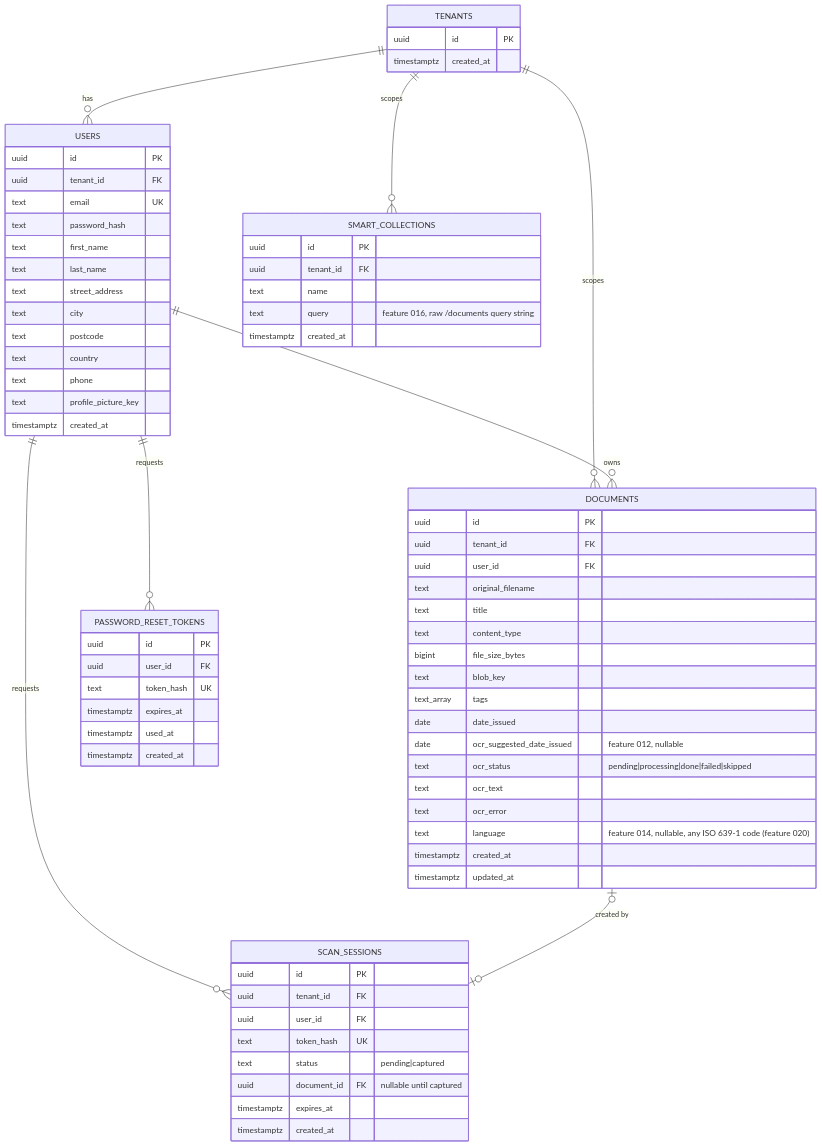
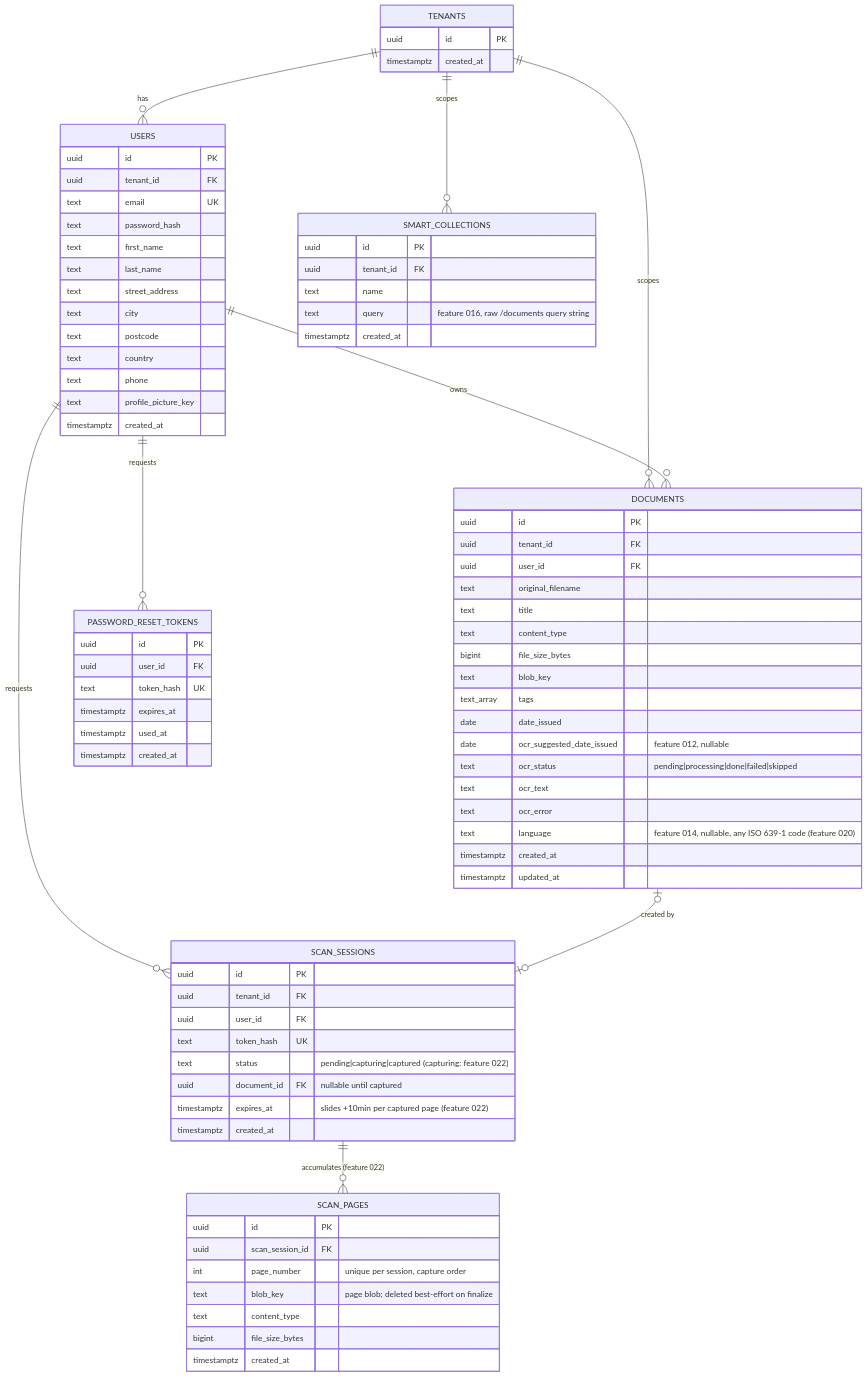
One commit to yaremam/docuflow changed the third of 3 diagrams in docs/ARCHITECTURE.md. Above: the diagram before and after it, drawn with Mermaid. The commit also changed other lines of this file and 33 other files, not shown here.

Commit message:
Add multi-page phone scan: one QR session, N pages, one PDF document (feature 022)

```diff
--- a/docs/ARCHITECTURE.md
+++ b/docs/ARCHITECTURE.md
@@ -167,6 +167,7 @@
     USERS ||--o{ PASSWORD_RESET_TOKENS : "requests"
     USERS ||--o{ SCAN_SESSIONS : "requests"
     DOCUMENTS |o--o| SCAN_SESSIONS : "created by"
+    SCAN_SESSIONS ||--o{ SCAN_PAGES : "accumulates (feature 022)"
 
     TENANTS {
         uuid id PK
@@ -219,9 +220,18 @@
         uuid tenant_id FK
         uuid user_id FK
         text token_hash UK
-        text status "pending|captured"
+        text status "pending|capturing|captured (capturing: feature 022)"
         uuid document_id FK "nullable until captured"
-        timestamptz expires_at
+        timestamptz expires_at "slides +10min per captured page (feature 022)"
+        timestamptz created_at
+    }
+    SCAN_PAGES {
+        uuid id PK
+        uuid scan_session_id FK
+        int page_number "unique per session, capture order"
+        text blob_key "page blob; deleted best-effort on finalize"
+        text content_type
+        bigint file_size_bytes
         timestamptz created_at
     }
     SMART_COLLECTIONS {
```
